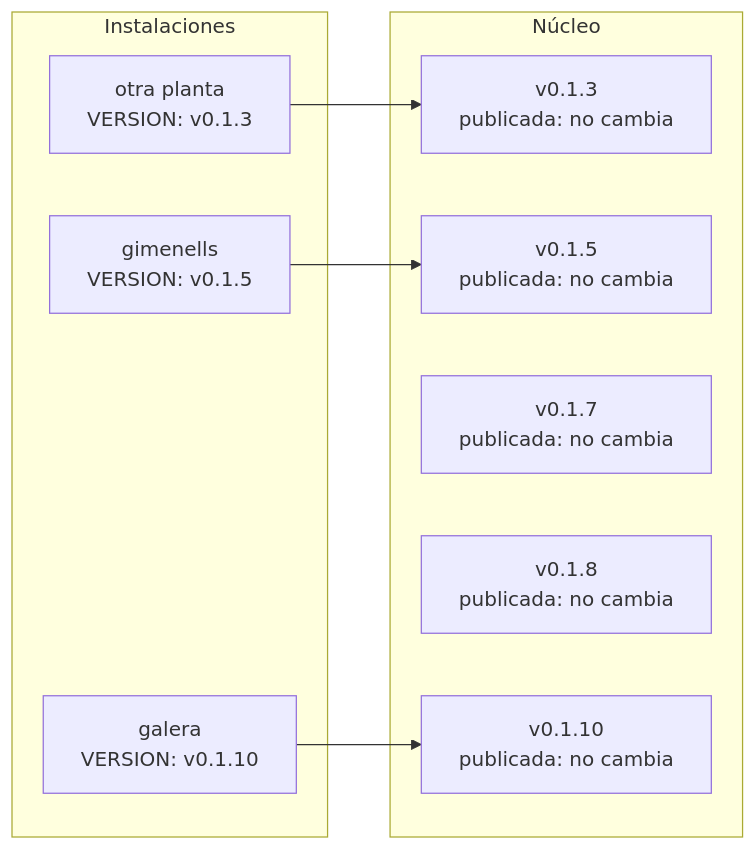
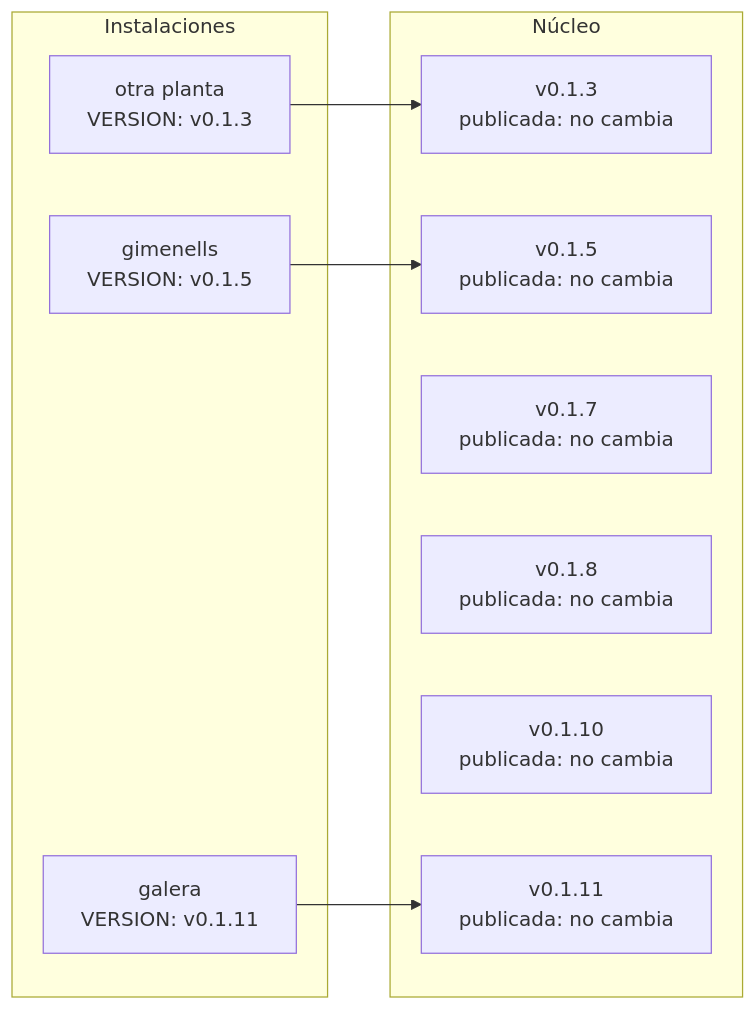
Before and after one commit to mcamasanz/TeOdora: the diagram in README.md, drawn with Mermaid. The commit also changed other lines of this file and 448 other files, not shown here.

````diff
--- a/README.md
+++ b/README.md
@@ -82,18 +82,19 @@
 ```mermaid
 flowchart LR
     subgraph plantas [Instalaciones]
-        A["galera<br/>VERSION: v0.1.10"]
+        A["galera<br/>VERSION: v0.1.11"]
         C["gimenells<br/>VERSION: v0.1.5"]
         B["otra planta<br/>VERSION: v0.1.3"]
     end
     subgraph nucleo [Núcleo]
         V3["v0.1.3<br/>publicada: no cambia"]
         V4["v0.1.5<br/>publicada: no cambia"]
         V5["v0.1.7<br/>publicada: no cambia"]
         V6["v0.1.8<br/>publicada: no cambia"]
         V7["v0.1.10<br/>publicada: no cambia"]
+        V8["v0.1.11<br/>publicada: no cambia"]
     end
-    A --> V7
+    A --> V8
     C --> V4
     B --> V3
 ```
````
